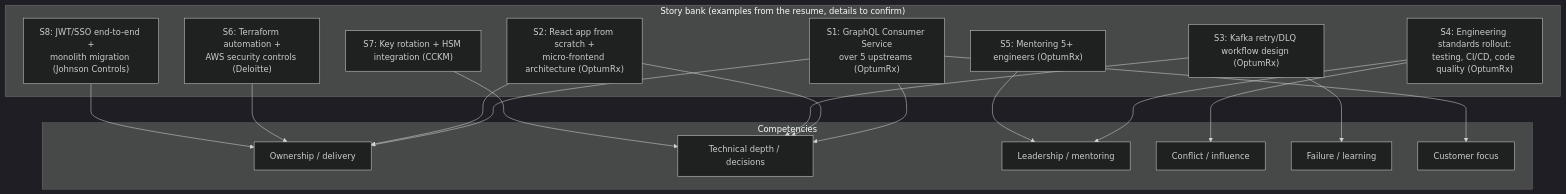
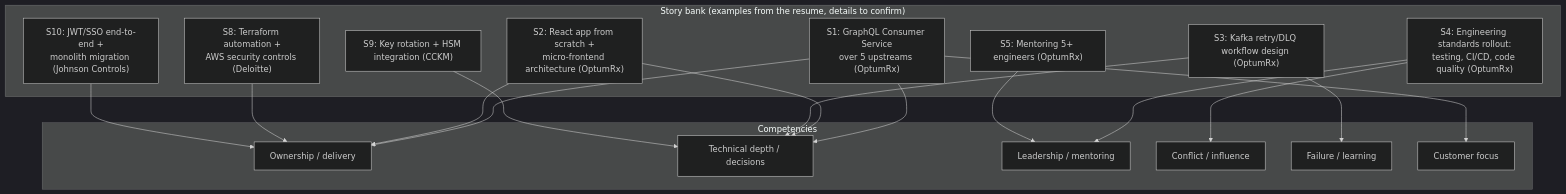
The second of 2 diagrams in docs/leadership-behavioral/01-star-framework-and-building-a-story-bank.md (vishalhulawale/knowledge-base), drawn with Mermaid (dark theme) before and after one commit. The commit also changed 21 other files, not shown here.

````diff
--- a/docs/leadership-behavioral/01-star-framework-and-building-a-story-bank.md
+++ b/docs/leadership-behavioral/01-star-framework-and-building-a-story-bank.md
@@ -64,34 +64,34 @@
 ```mermaid
 flowchart TB
     subgraph Stories["Story bank (examples from the resume, details to confirm)"]
         S1["S1: GraphQL Consumer Service<br/>over 5 upstreams (OptumRx)"]
         S2["S2: React app from scratch +<br/>micro-frontend architecture (OptumRx)"]
         S3["S3: Kafka retry/DLQ workflow design (OptumRx)"]
         S4["S4: Engineering standards rollout:<br/>testing, CI/CD, code quality (OptumRx)"]
         S5["S5: Mentoring 5+ engineers (OptumRx)"]
-        S6["S6: Terraform automation +<br/>AWS security controls (Deloitte)"]
-        S7["S7: Key rotation + HSM integration (CCKM)"]
-        S8["S8: JWT/SSO end-to-end +<br/>monolith migration (Johnson Controls)"]
+        S8["S8: Terraform automation +<br/>AWS security controls (Deloitte)"]
+        S9["S9: Key rotation + HSM integration (CCKM)"]
+        S10["S10: JWT/SSO end-to-end +<br/>monolith migration (Johnson Controls)"]
     end
     subgraph Competencies
         C1["Ownership / delivery"]
         C2["Technical depth / decisions"]
         C3["Leadership / mentoring"]
         C4["Conflict / influence"]
         C5["Failure / learning"]
         C6["Customer focus"]
     end
     S1 --> C1
     S1 --> C2
     S1 --> C6
     S2 --> C2
     S2 --> C1
     S3 --> C2
     S3 --> C5
     S4 --> C3
     S4 --> C4
     S5 --> C3
-    S6 --> C1
-    S7 --> C2
     S8 --> C1
+    S9 --> C2
+    S10 --> C1
 ```
````
